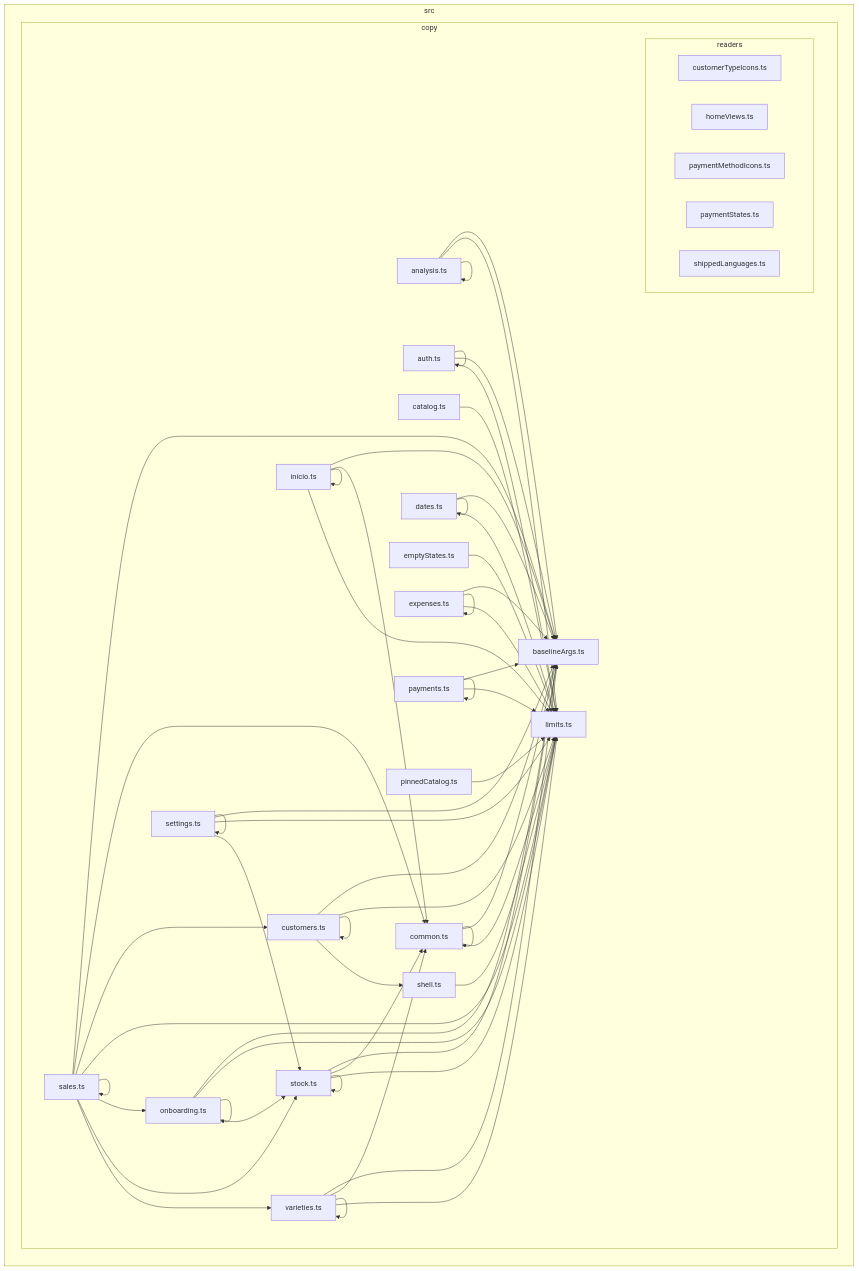
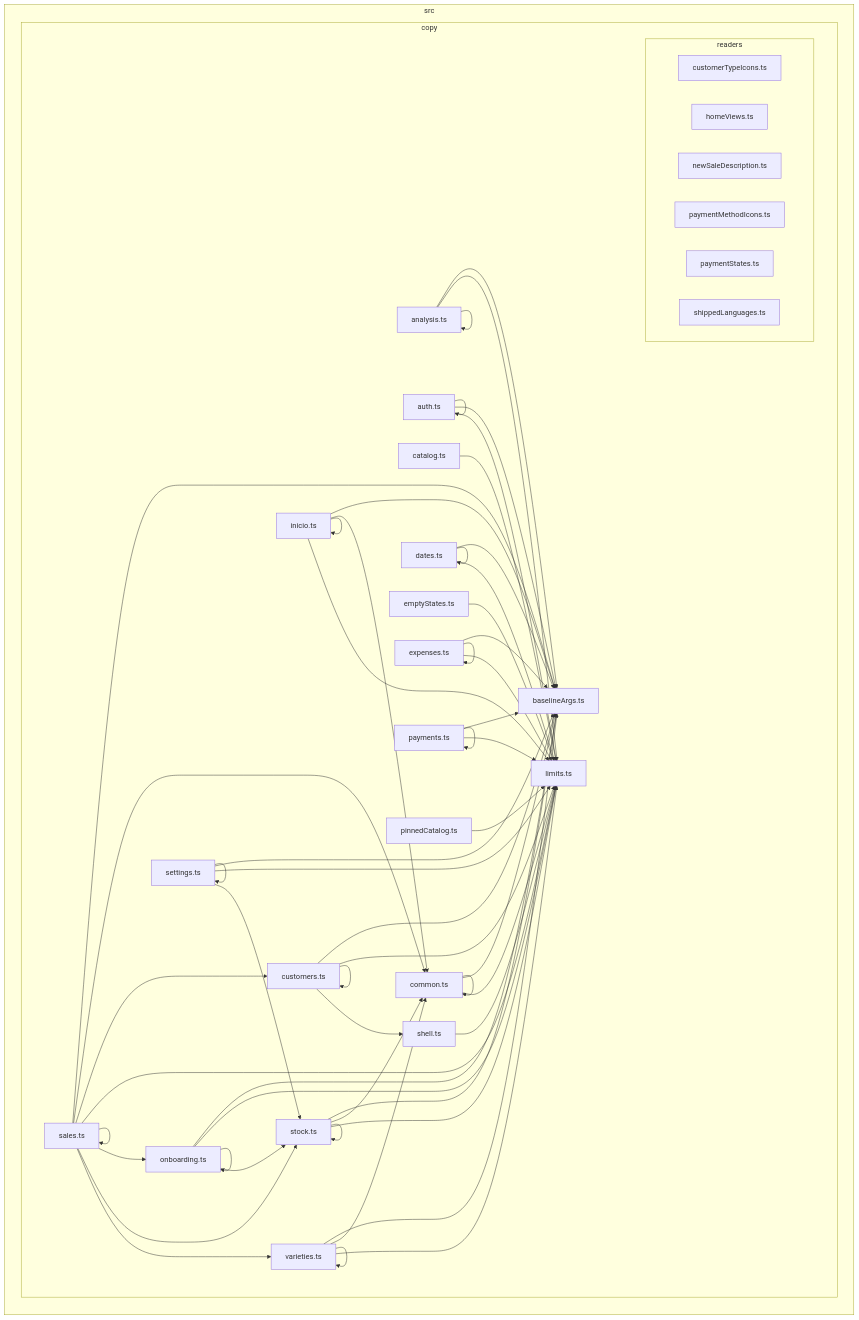
Before and after one commit to GonzaloZevallos/apostrophe: the diagram in docs/architecture/generated/front-modules/copy.md, drawn with Mermaid. The commit also changed 1 other file, not shown here.

Commit message:
chore(docs): regenerate [skip ci]

```diff
--- a/docs/architecture/generated/front-modules/copy.md
+++ b/docs/architecture/generated/front-modules/copy.md
@@ -11,6 +11,7 @@
     subgraph src_copy_readers["readers"]
       src_copy_readers_customerTypeIcons_ts["customerTypeIcons.ts"]
       src_copy_readers_homeViews_ts["homeViews.ts"]
+      src_copy_readers_newSaleDescription_ts["newSaleDescription.ts"]
       src_copy_readers_paymentMethodIcons_ts["paymentMethodIcons.ts"]
       src_copy_readers_paymentStates_ts["paymentStates.ts"]
       src_copy_readers_shippedLanguages_ts["shippedLanguages.ts"]
```
